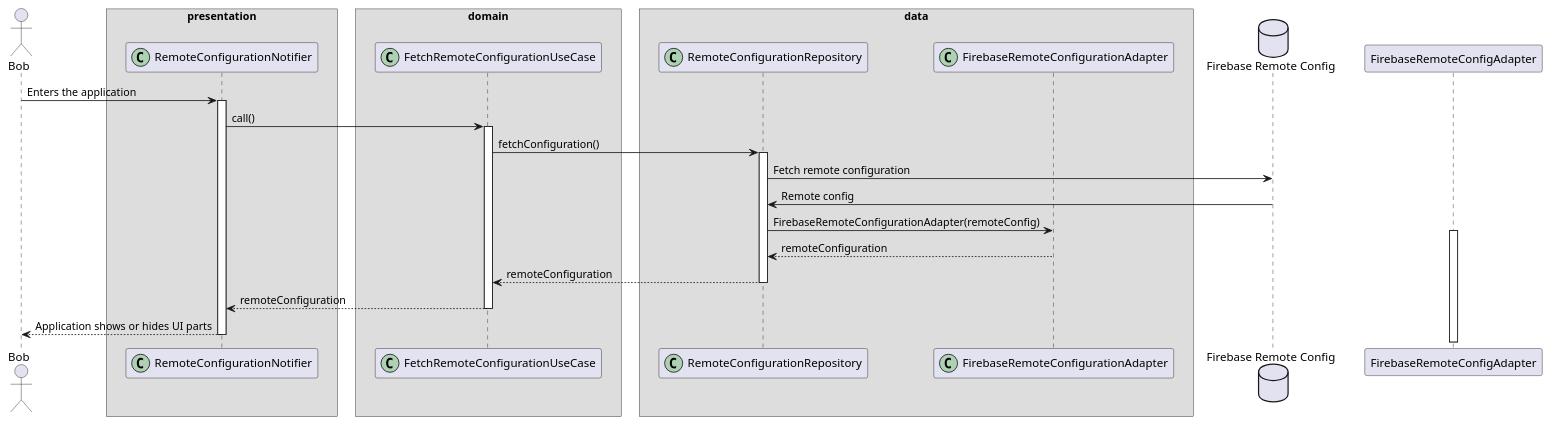
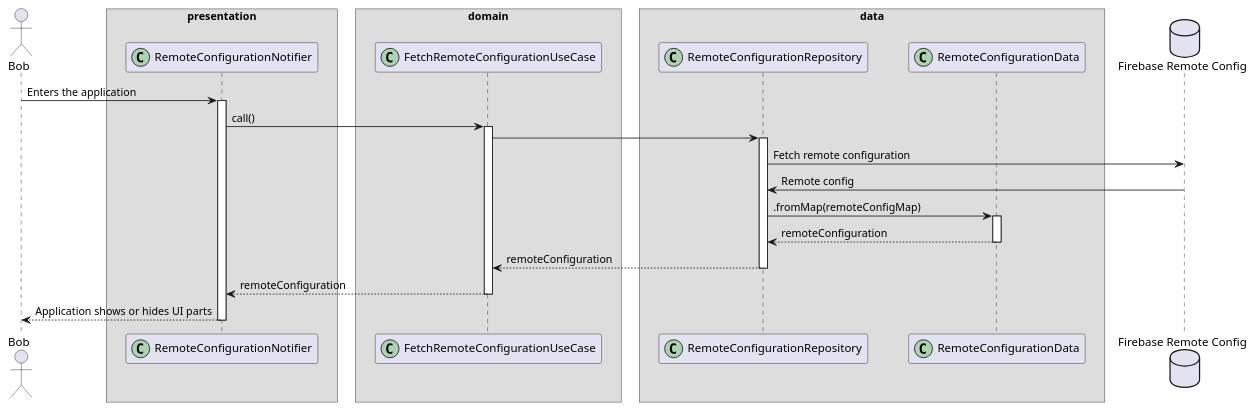
One commit to Flank/flank-dashboard changed the diagram in metrics/web/docs/features/remote_config/diagrams/remote_config_sequence_diagram.puml. Above: the diagram before and after it, drawn with PlantUML.

Commit message:
Fix sequence diagram

```diff
--- a/metrics/web/docs/features/remote_config/diagrams/remote_config_sequence_diagram.puml
+++ b/metrics/web/docs/features/remote_config/diagrams/remote_config_sequence_diagram.puml
@@ -1,49 +1,49 @@
 @startuml remote_config_sequence_diagram
 skinparam ParticipantPadding 20
 skinparam BoxPadding 10
 
 actor Bob
 
 box "presentation"
 participant RemoteConfigurationNotifier << (C,#ADD1B2) >>
 end box
 
 box "domain"
 participant FetchRemoteConfigurationUseCase << (C,#ADD1B2) >>
 end box
 
 box "data"
 participant RemoteConfigurationRepository << (C,#ADD1B2) >>
-participant FirebaseRemoteConfigurationAdapter << (C,#ADD1B2) >>
+participant RemoteConfigurationData << (C,#ADD1B2) >>
 end box
 
 database "Firebase Remote Config" as FRC
 
 Bob -> RemoteConfigurationNotifier : Enters the application
 activate RemoteConfigurationNotifier
 
 RemoteConfigurationNotifier -> FetchRemoteConfigurationUseCase : call()
 activate FetchRemoteConfigurationUseCase
 
-FetchRemoteConfigurationUseCase -> RemoteConfigurationRepository : fetchConfiguration()
+FetchRemoteConfigurationUseCase -> RemoteConfigurationRepository
 activate RemoteConfigurationRepository
 
 RemoteConfigurationRepository -> FRC : Fetch remote configuration
 
 FRC -> RemoteConfigurationRepository : Remote config
 
-RemoteConfigurationRepository -> FirebaseRemoteConfigurationAdapter : FirebaseRemoteConfigurationAdapter(remoteConfig)
-activate FirebaseRemoteConfigAdapter
+RemoteConfigurationRepository -> RemoteConfigurationData : .fromMap(remoteConfigMap)
+activate RemoteConfigurationData
 
 return remoteConfiguration
 return remoteConfiguration
 return remoteConfiguration
 
 
 return Application shows or hides UI parts
 
 
 
 deactivate RemoteConfigurationRepository
 
 @enduml
```
